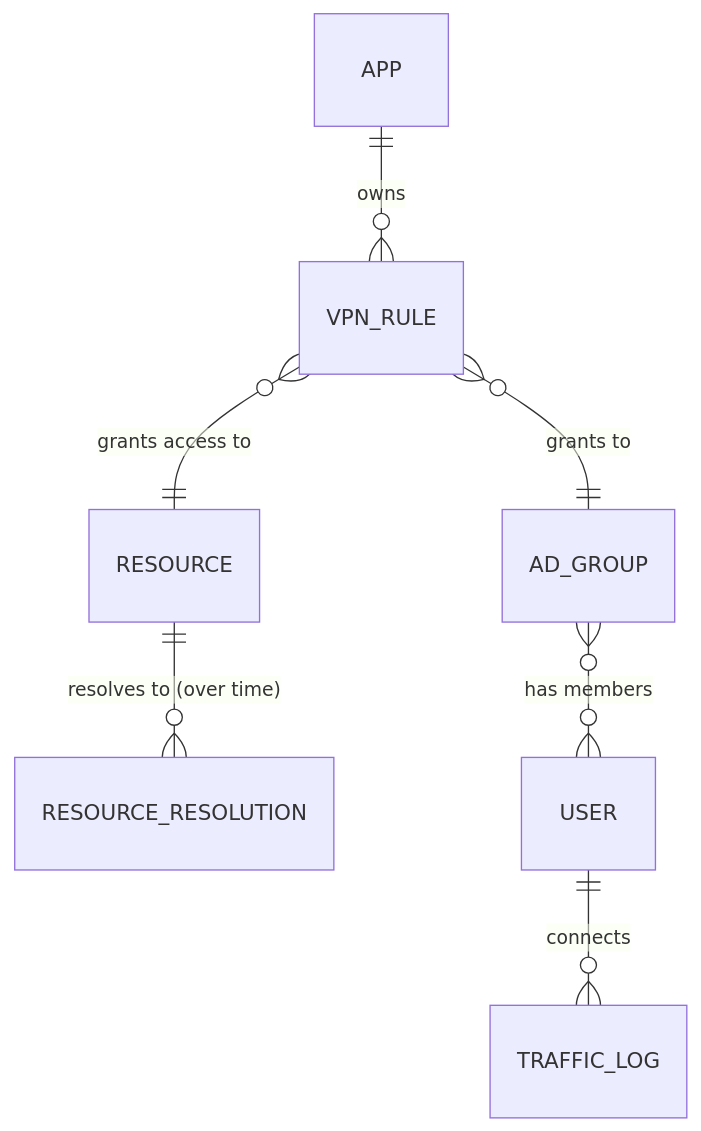
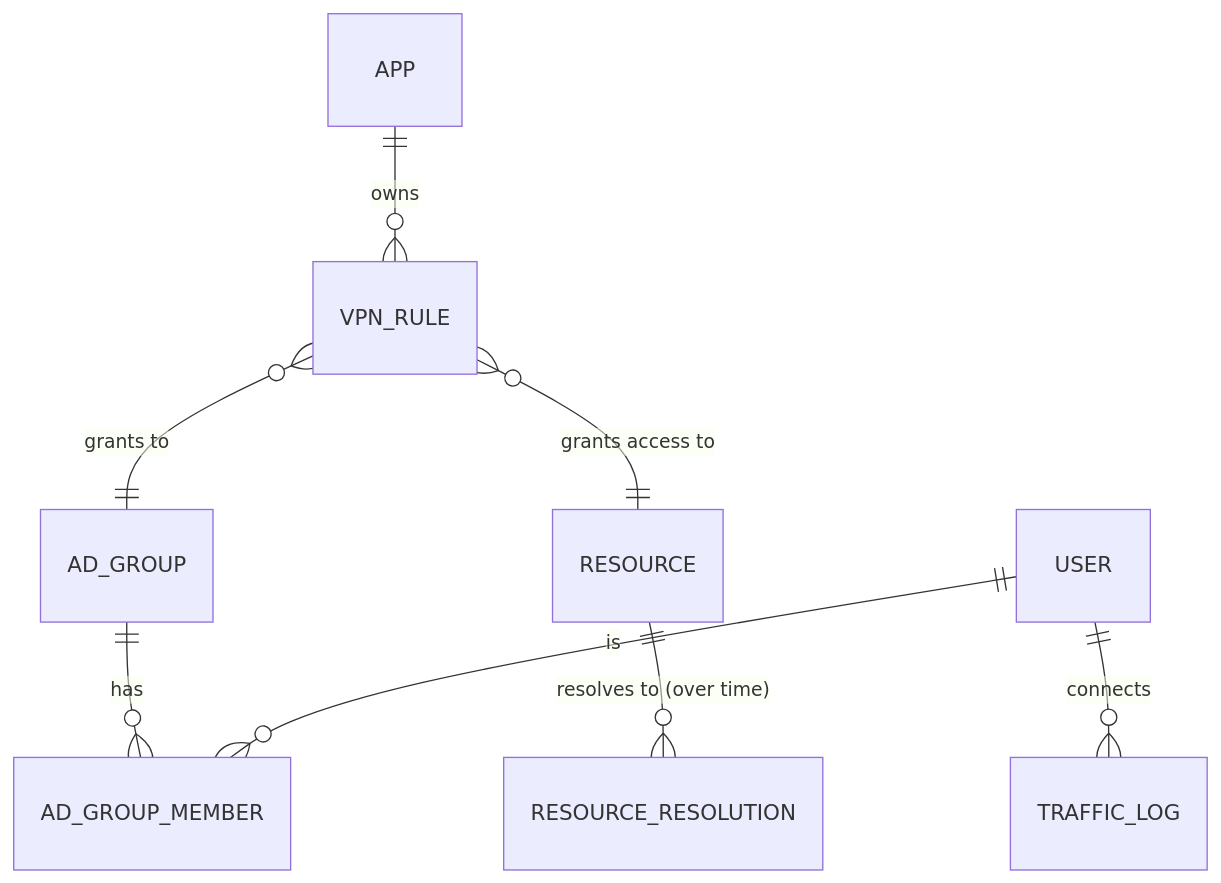
Before and after one commit to carlosganduglia-cloud/network-usage-medallion: the first of 2 diagrams in docs/architecture.md, drawn with Mermaid. The commit also changed other lines of this file and 1 other file, not shown here.

Commit message:
Update architecture: AD group tables, landing formats, resolution validity

````diff
--- a/docs/architecture.md
+++ b/docs/architecture.md
@@ -33,9 +33,10 @@
 ```mermaid
 erDiagram
     APP ||--o{ VPN_RULE : owns
     VPN_RULE }o--|| AD_GROUP : "grants to"
     VPN_RULE }o--|| RESOURCE : "grants access to"
     RESOURCE ||--o{ RESOURCE_RESOLUTION : "resolves to (over time)"
-    AD_GROUP }o--o{ USER : "has members"
+    AD_GROUP ||--o{ AD_GROUP_MEMBER : has
+    USER ||--o{ AD_GROUP_MEMBER : "is"
     USER ||--o{ TRAFFIC_LOG : "connects"
 ```
````
